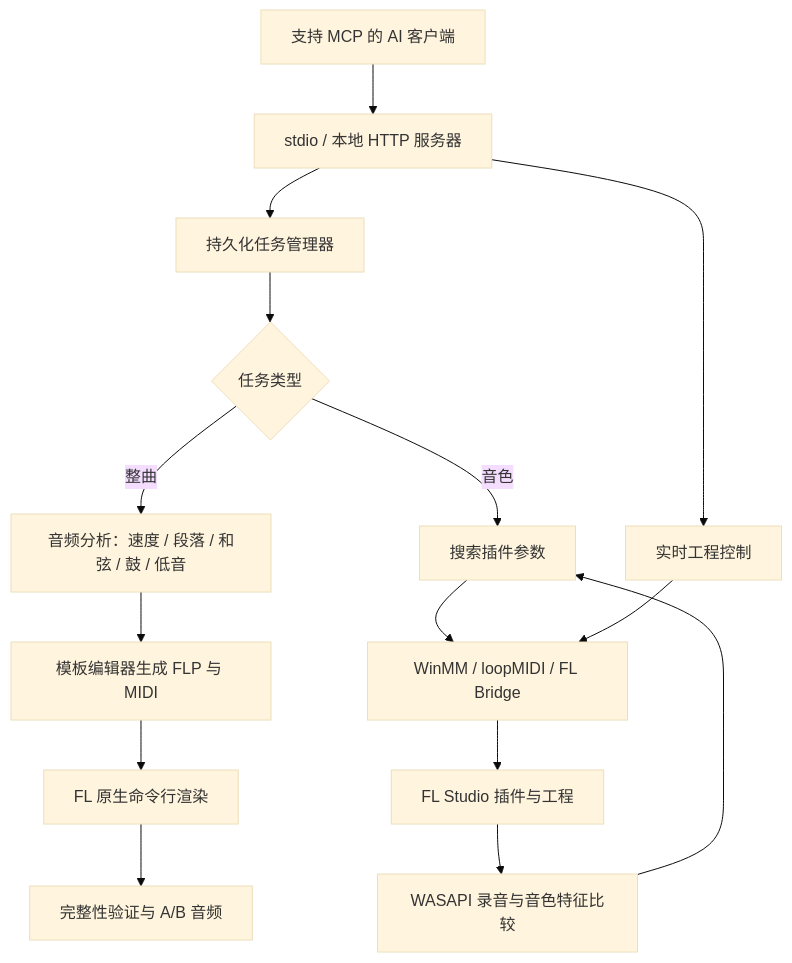
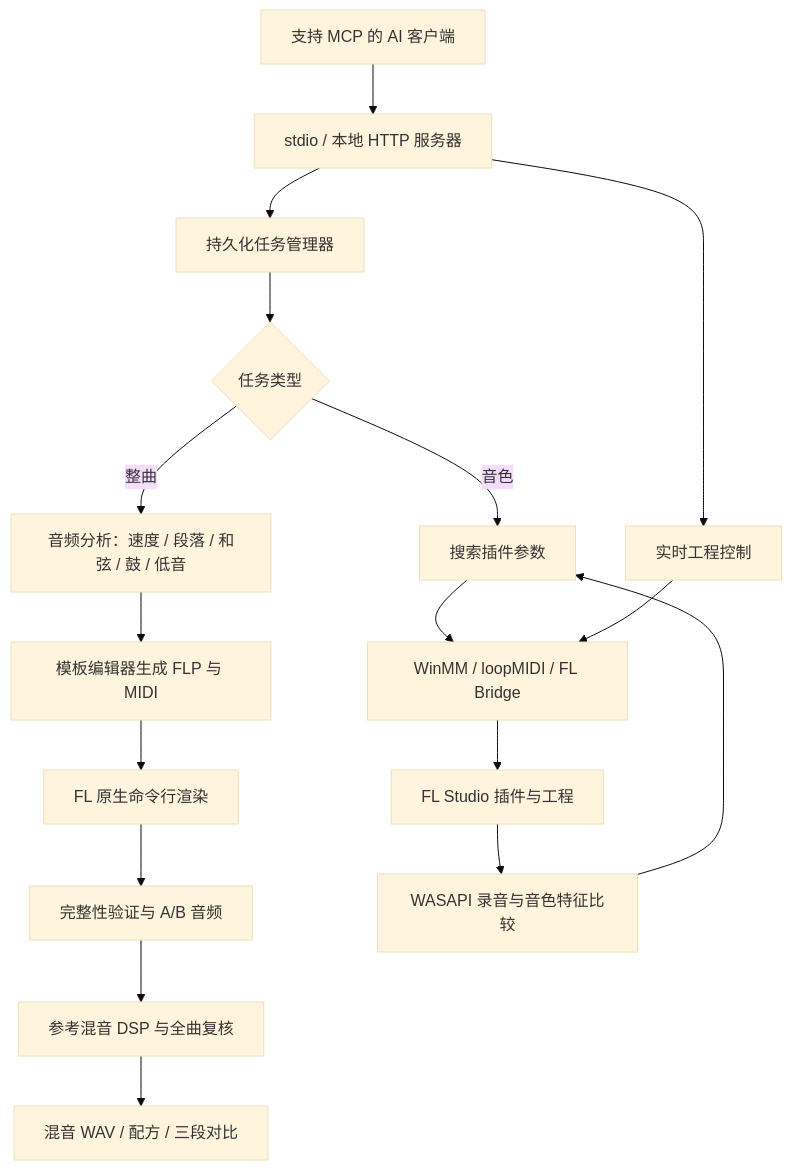
Before and after one commit to Funkierry/fl-studio-mcp: the diagram in README.md, drawn with Mermaid (base theme). The commit also changed other lines of this file and 23 other files, not shown here.

````diff
--- a/README.md
+++ b/README.md
@@ -517,17 +600,19 @@
 ```mermaid
 flowchart TD
     A[支持 MCP 的 AI 客户端] --> B[stdio / 本地 HTTP 服务器]
     B --> C[持久化任务管理器]
     C --> D{任务类型}
     D -->|整曲| E[音频分析：速度 / 段落 / 和弦 / 鼓 / 低音]
     E --> F[模板编辑器生成 FLP 与 MIDI]
     F --> G[FL 原生命令行渲染]
     G --> H[完整性验证与 A/B 音频]
+    H --> N[参考混音 DSP 与全曲复核]
+    N --> O[混音 WAV / 配方 / 三段对比]
     D -->|音色| I[搜索插件参数]
     B --> J[实时工程控制]
     I --> K[WinMM / loopMIDI / FL Bridge]
     J --> K
     K --> L[FL Studio 插件与工程]
     L --> M[WASAPI 录音与音色特征比较]
     M --> I
 ```
````
